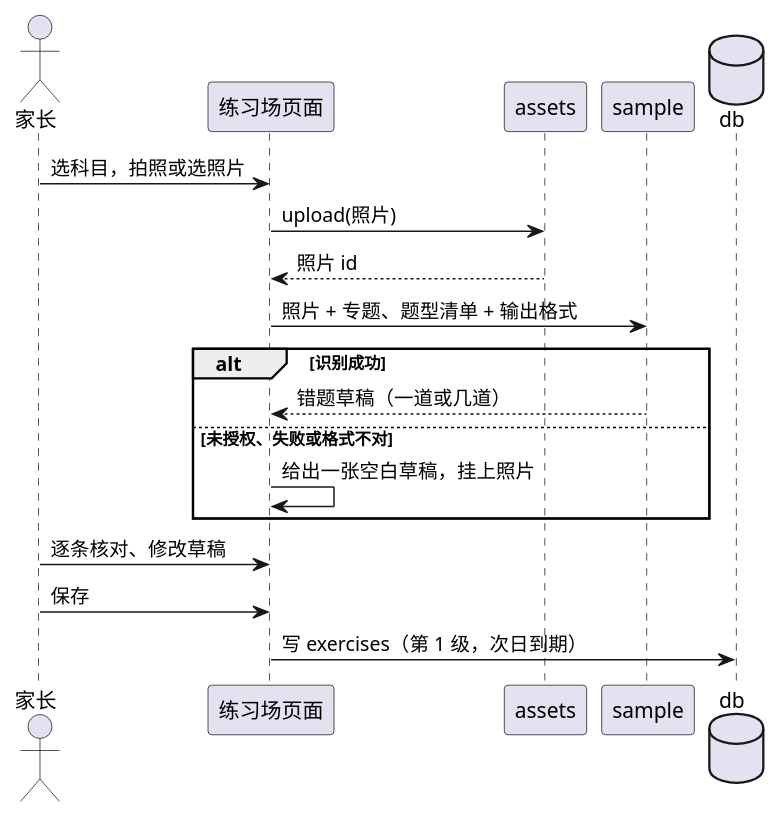
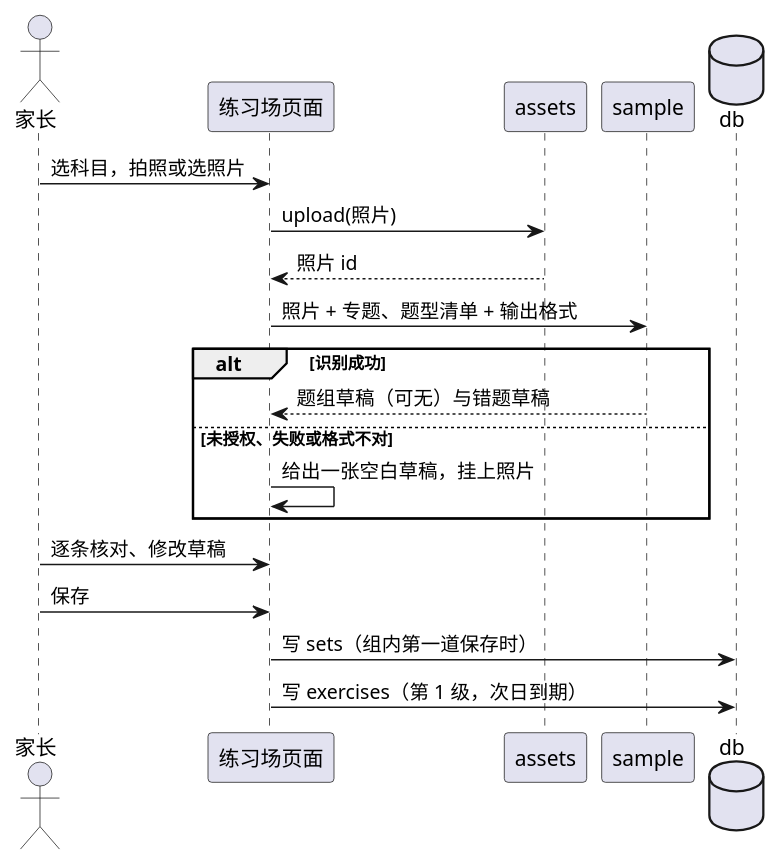
One commit to lengthlong/exercise_arena changed the diagram in architecture/RUNTIME.md. Above: the diagram before and after it, drawn with PlantUML. The commit also changed other lines of this file and 9 other files, not shown here.

````diff
--- a/architecture/RUNTIME.md
+++ b/architecture/RUNTIME.md
@@ -7,22 +7,23 @@
 ```plantuml
 @startuml
 actor 家长
 participant "练习场页面" as Page
 participant assets
 participant "sample" as Sample
 database db
 
 家长 -> Page : 选科目，拍照或选照片
 Page -> assets : upload(照片)
 assets --> Page : 照片 id
 Page -> Sample : 照片 + 专题、题型清单 + 输出格式
 alt 识别成功
-  Sample --> Page : 错题草稿（一道或几道）
+  Sample --> Page : 题组草稿（可无）与错题草稿
 else 未授权、失败或格式不对
   Page -> Page : 给出一张空白草稿，挂上照片
 end
 家长 -> Page : 逐条核对、修改草稿
 家长 -> Page : 保存
+Page -> db : 写 sets（组内第一道保存时）
 Page -> db : 写 exercises（第 1 级，次日到期）
 @enduml
 ```
````
